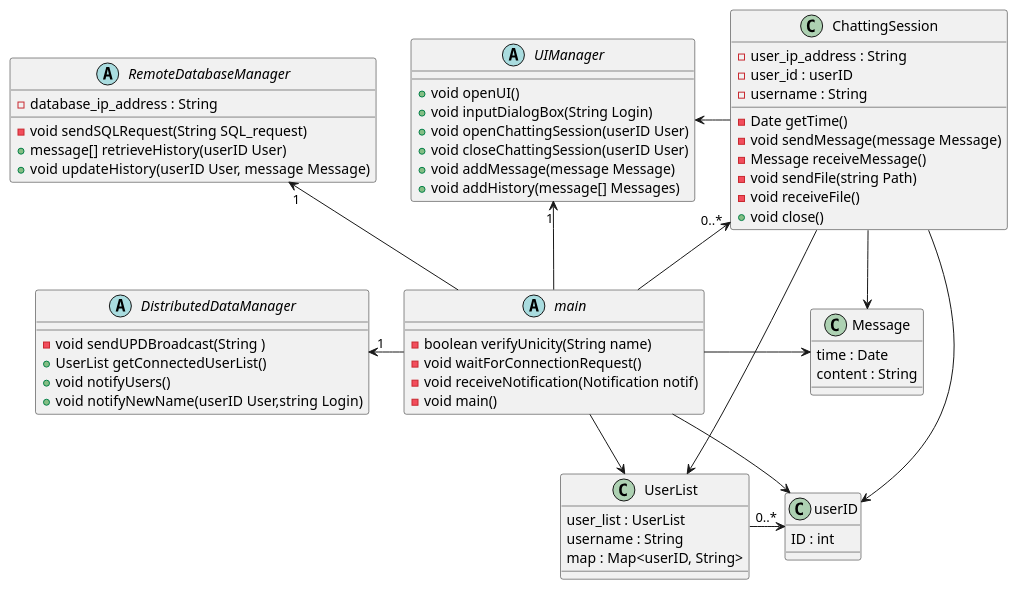
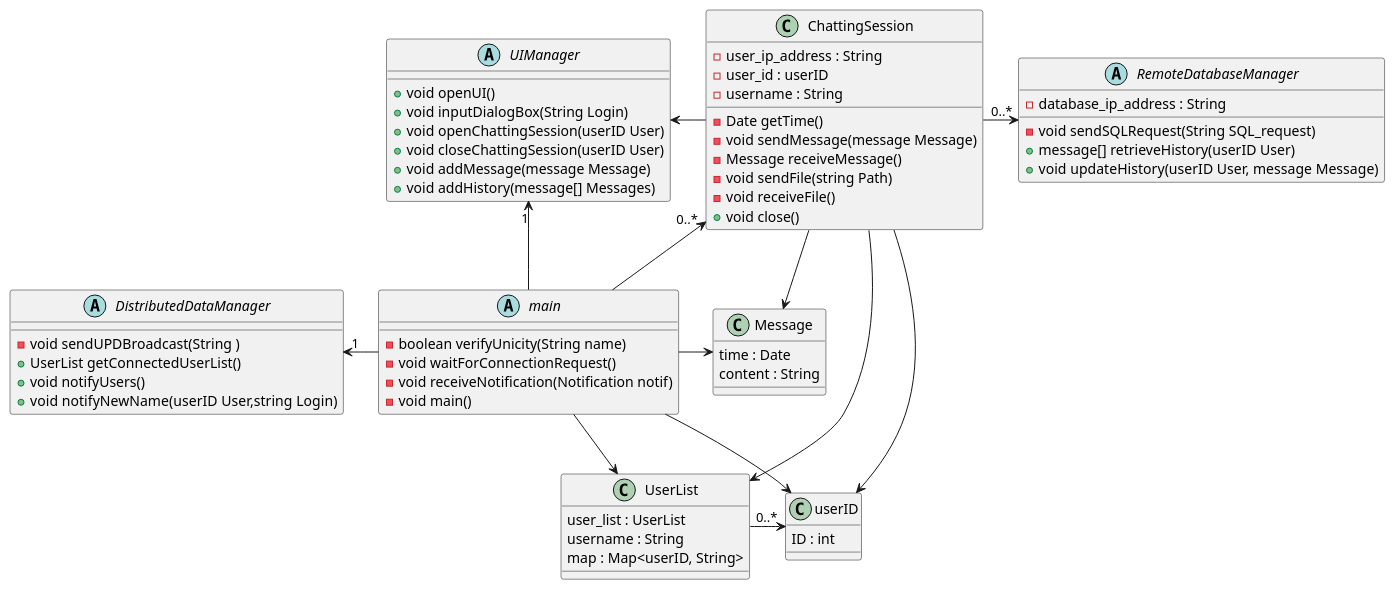
One commit to scanim-valentin/decentralized-chat-system changed the diagram in PlantUML/class.wsd. Above: the diagram before and after it, drawn with PlantUML. The commit also changed 2 other files, not shown here.

```diff
--- a/PlantUML/class.wsd
+++ b/PlantUML/class.wsd
@@ -1,74 +1,74 @@
 @startuml class
 abstract class main {
     -boolean verifyUnicity(String name)
     -void waitForConnectionRequest()
     -void receiveNotification(Notification notif)
     -void main()
 }
 
 abstract class UIManager {
     +void openUI()
     +void inputDialogBox(String Login)
     +void openChattingSession(userID User)
     +void closeChattingSession(userID User)
     +void addMessage(message Message)
     +void addHistory(message[] Messages)
 }
 
 abstract class DistributedDataManager {
     -void sendUPDBroadcast(String )
     +UserList getConnectedUserList()
     +void notifyUsers()
     +void notifyNewName(userID User,string Login)
 }
 
 abstract class  RemoteDatabaseManager{
     - database_ip_address : String 
     -void sendSQLRequest(String SQL_request)
     +message[] retrieveHistory(userID User)
     +void updateHistory(userID User, message Message)
 }
 
 class ChattingSession{
     - user_ip_address : String 
     - user_id : userID
     - username : String
     -Date getTime()
     -void sendMessage(message Message)
     -Message receiveMessage()
     -void sendFile(string Path)
     -void receiveFile()
     +void close()
 }
 
 class Message{
     time : Date
     content : String
 }
 
 class UserList{
     user_list : UserList
     username : String
     map : Map<userID, String> 
 }
 
 class userID{
     ID : int
 } 
 
 
 
-RemoteDatabaseManager "1" <-- main
 DistributedDataManager "1" <- main
 UIManager "1" <- main
 ChattingSession "0..*" <-- main
 UIManager <- ChattingSession
 UserList -> "0..*" userID
 main --> userID
 ChattingSession -> userID
 main --> UserList
 ChattingSession -> UserList
 ChattingSession -> Message
+ChattingSession "0..*" -> RemoteDatabaseManager
 main -> Message
 
 @enduml
```
